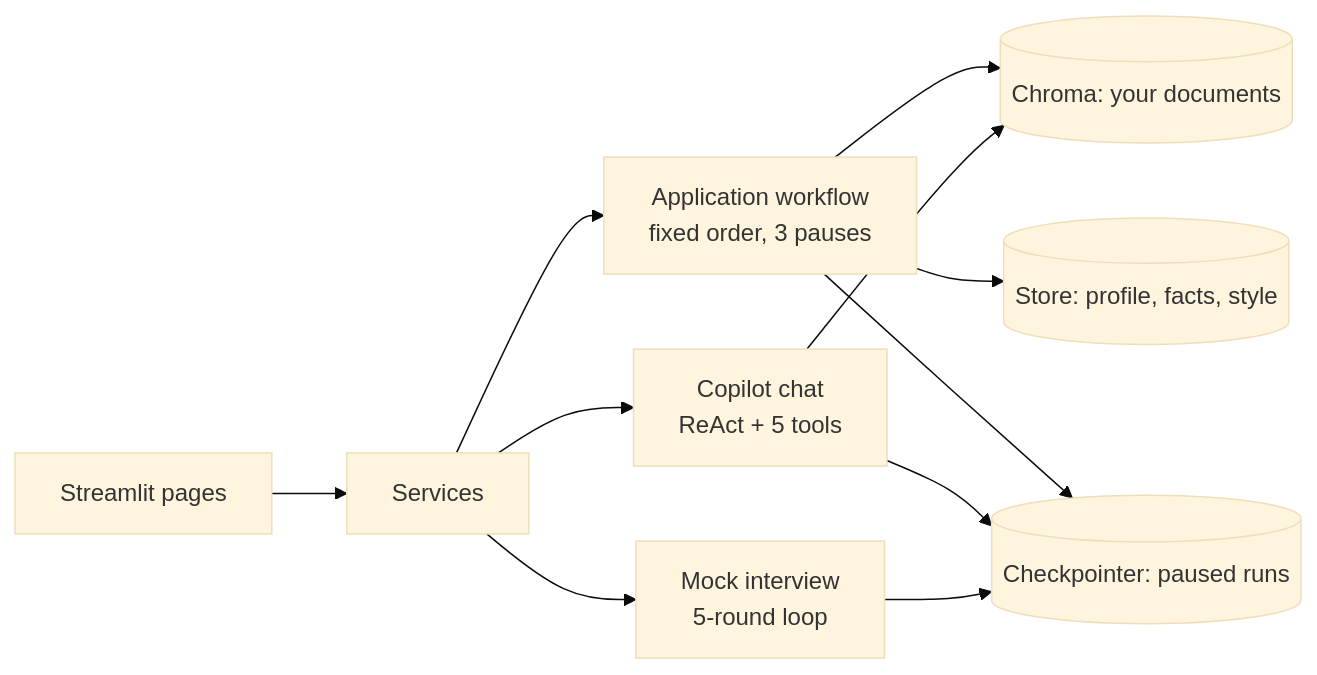
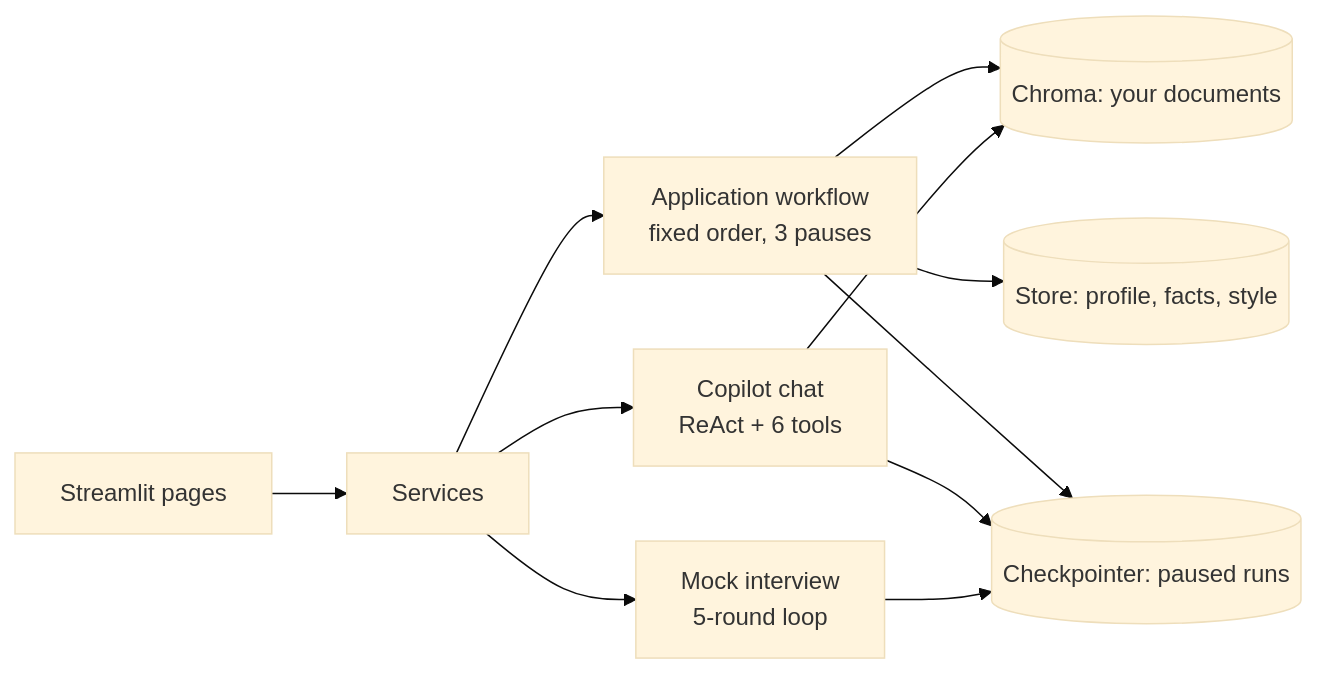
The diagram in README.md (ibeshkar/job-copilot), drawn with Mermaid (base theme) before and after one commit. The commit also changed other lines of this file and 26 other files, not shown here.

````diff
--- a/README.md
+++ b/README.md
@@ -114,13 +115,13 @@
 ```mermaid
 flowchart LR
     UI[Streamlit pages] --> SVC[Services]
     SVC --> WF[Application workflow<br/>fixed order, 3 pauses]
-    SVC --> RE[Copilot chat<br/>ReAct + 5 tools]
+    SVC --> RE[Copilot chat<br/>ReAct + 6 tools]
     SVC --> IV[Mock interview<br/>5-round loop]
     WF --> KB[(Chroma: your documents)]
     WF --> MEM[(Store: profile, facts, style)]
     RE --> KB
     WF --> CP[(Checkpointer: paused runs)]
     RE --> CP
     IV --> CP
 ```
````
